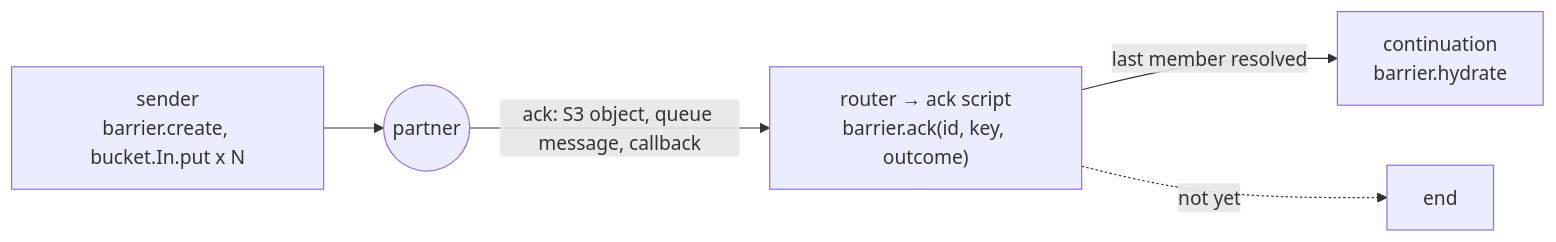
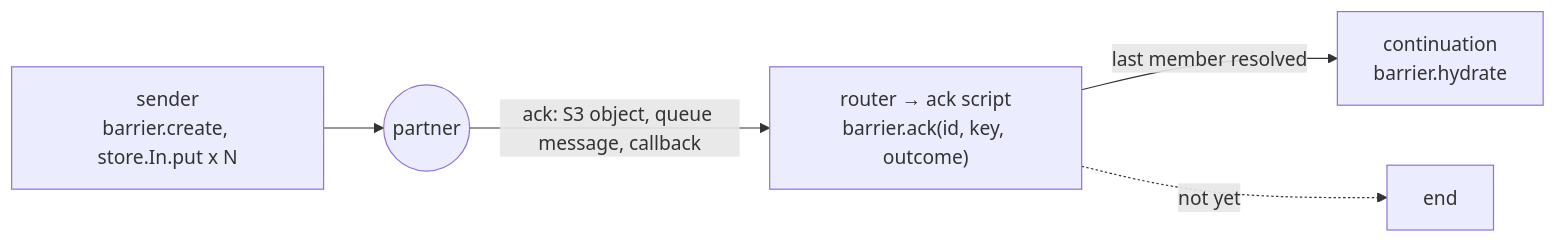
One commit to vivainio/integraal changed diagram 15 of 16 in docs/patterns.md. Above: the diagram before and after it, drawn with Mermaid. The commit also changed other lines of this file and 67 other files, not shown here.

First line of the commit message:
Rename the bucket concept to store: native.store, stores config, store events

````diff
--- a/docs/patterns.md
+++ b/docs/patterns.md
@@ -176,7 +176,7 @@
 ```mermaid
 flowchart LR
-    S["sender<br/>barrier.create, bucket.In.put x N"] --> P(("partner"))
+    S["sender<br/>barrier.create, store.In.put x N"] --> P(("partner"))
     P -->|"ack: S3 object, queue message, callback"| R["router → ack script<br/>barrier.ack(id, key, outcome)"]
     R -->|"last member resolved"| F["continuation<br/>barrier.hydrate"]
     R -. not yet .-> X[end]
 ```
````
